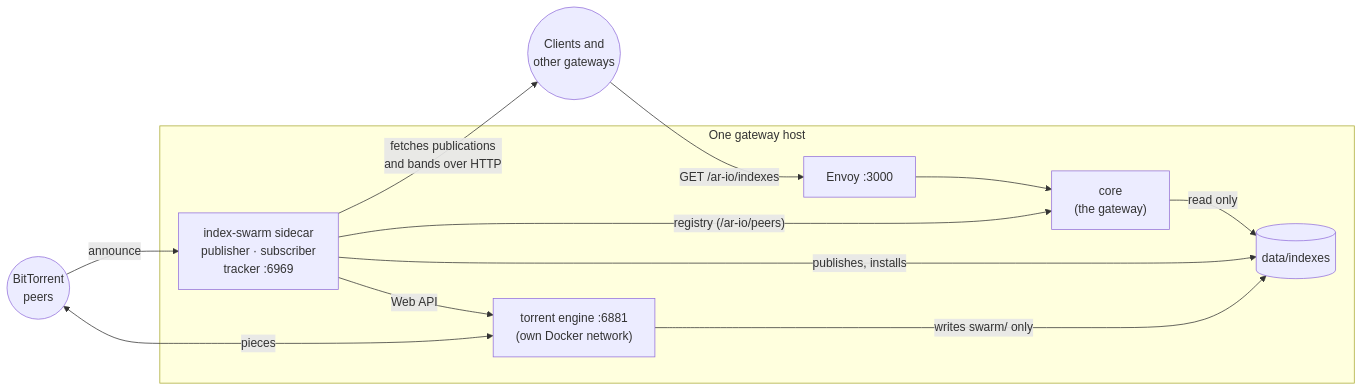
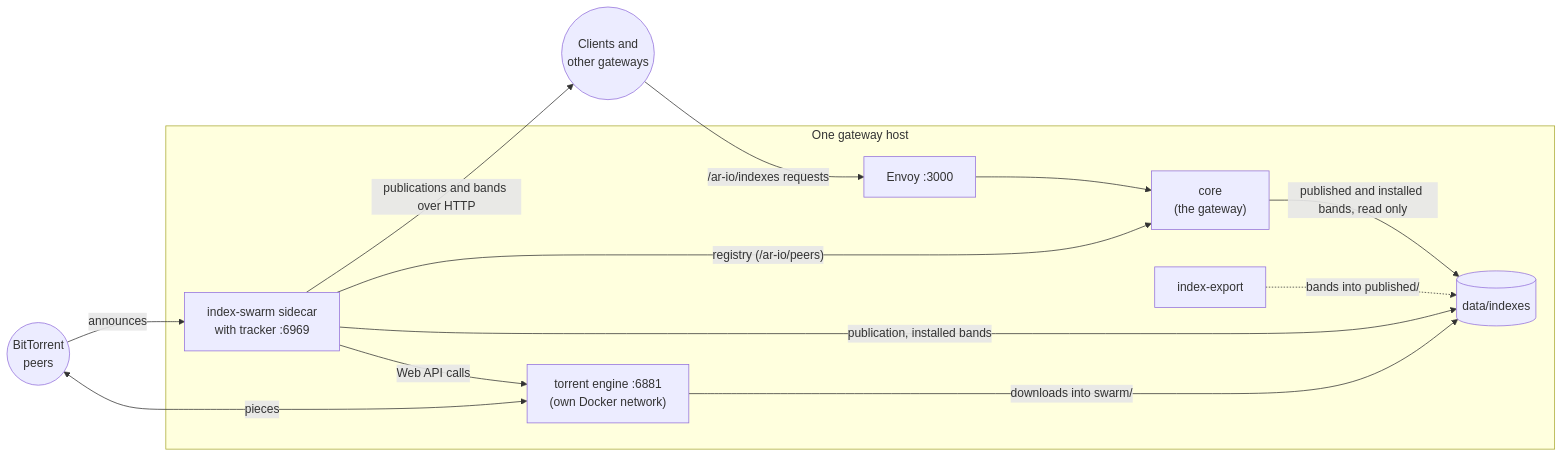
One commit to ar-io/ar-io-node changed the first of 3 diagrams in docs/index-swarm.md. Above: the diagram before and after it, drawn with Mermaid. The commit also changed other lines of this file and 4 other files, not shown here.

First line of the commit message:
docs: split Index Sharing docs into sidecar, export and protocol pages

````diff
--- a/docs/index-swarm.md
+++ b/docs/index-swarm.md
@@ -188,23 +189,25 @@
 ```mermaid
 flowchart LR
   net(("Clients and<br/>other gateways"))
   peers(("BitTorrent<br/>peers"))
 
   subgraph host["One gateway host"]
     envoy["Envoy :3000"]
     core["core<br/>(the gateway)"]
-    sidecar["index-swarm sidecar<br/>publisher · subscriber<br/>tracker :6969"]
+    sidecar["index-swarm sidecar<br/>with tracker :6969"]
     engine["torrent engine :6881<br/>(own Docker network)"]
+    export["index-export"]
     dir[("data/indexes")]
   end
 
-  net -->|"GET /ar-io/indexes"| envoy --> core
-  core -->|"read only"| dir
-  sidecar -->|"publishes, installs"| dir
-  engine -->|"writes swarm/ only"| dir
+  net -->|"/ar-io/indexes requests"| envoy --> core
+  core -->|"published and installed bands, read only"| dir
+  export -.->|"bands into published/"| dir
+  sidecar -->|"publication, installed bands"| dir
+  engine -->|"downloads into swarm/"| dir
   sidecar -->|"registry (/ar-io/peers)"| core
-  sidecar -->|"Web API"| engine
-  sidecar -->|"fetches publications<br/>and bands over HTTP"| net
+  sidecar -->|"Web API calls"| engine
+  sidecar -->|"publications and bands over HTTP"| net
   engine <-->|"pieces"| peers
-  peers -->|"announce"| sidecar
+  peers -->|"announces"| sidecar
 ```
````
